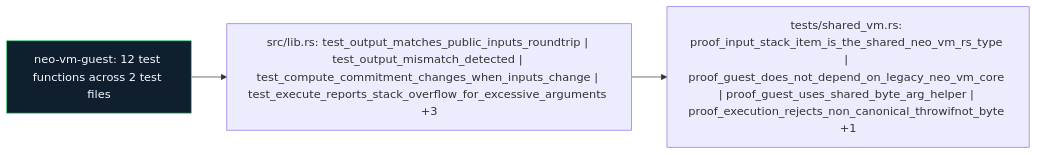
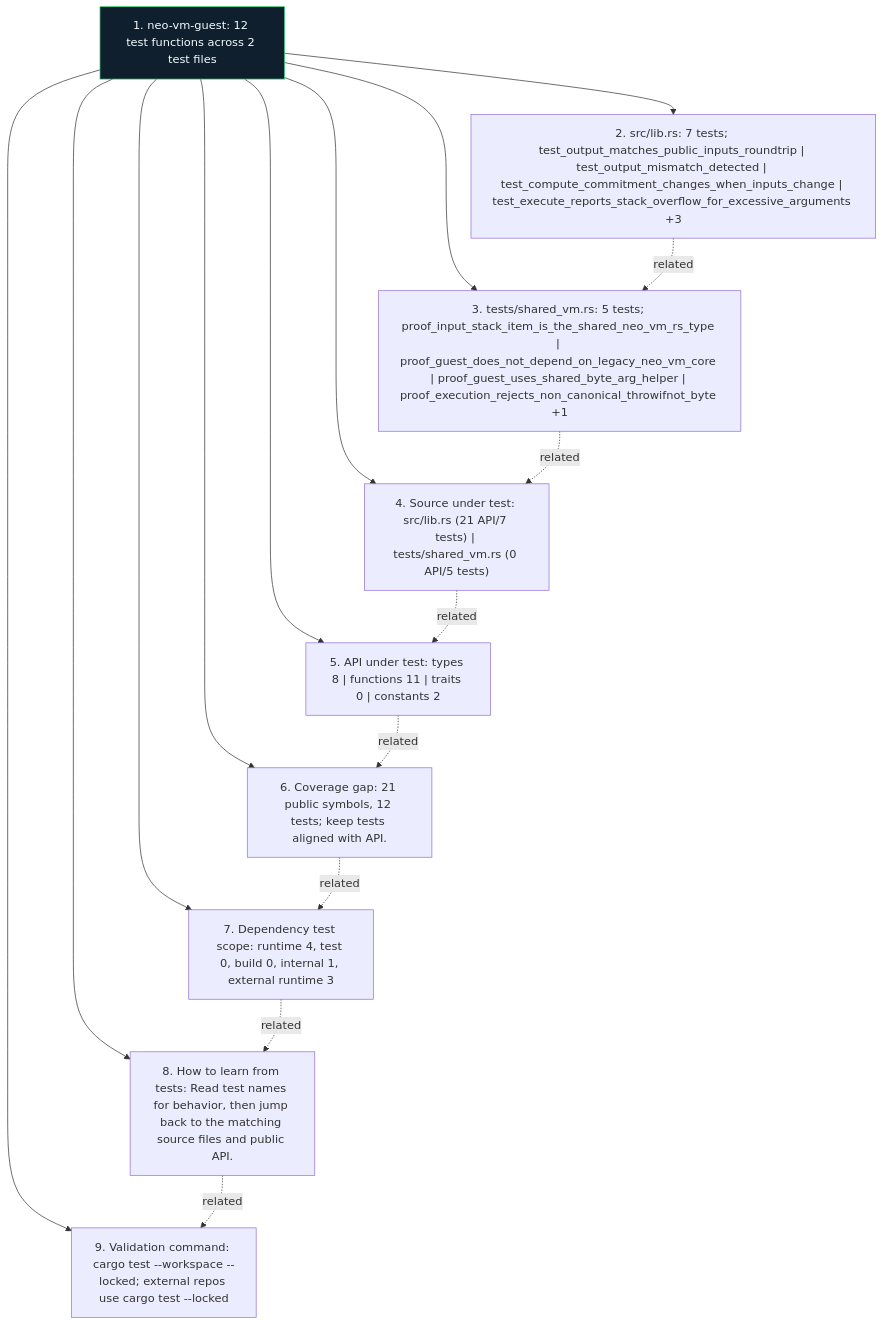
The diagram in crates/neo-vm-guest/docs/figures/test-map.mmd (r3e-network/neo-zkvm), drawn with Mermaid before and after one commit. The commit also changed 307 other files, not shown here.

Commit message:
Deepen crate diagrams with source-aware atlas

```diff
--- a/crates/neo-vm-guest/docs/figures/test-map.mmd
+++ b/crates/neo-vm-guest/docs/figures/test-map.mmd
@@ -1,8 +1,27 @@
-flowchart LR
-    N1["neo-vm-guest: 12 test functions across 2 test files"]
-    N2["src/lib.rs: test_output_matches_public_inputs_roundtrip | test_output_mismatch_detected | test_compute_commitment_changes_when_inputs_change | test_execute_reports_stack_overflow_for_excessive_arguments +3"]
-    N3["tests/shared_vm.rs: proof_input_stack_item_is_the_shared_neo_vm_rs_type | proof_guest_does_not_depend_on_legacy_neo_vm_core | proof_guest_uses_shared_byte_arg_helper | proof_execution_rejects_non_canonical_throwifnot_byte +1"]
+flowchart TB
+    N1["1. neo-vm-guest: 12 test functions across 2 test files"]
+    N2["2. src/lib.rs: 7 tests; test_output_matches_public_inputs_roundtrip | test_output_mismatch_detected | test_compute_commitment_changes_when_inputs_change | test_execute_reports_stack_overflow_for_excessive_arguments +3"]
+    N3["3. tests/shared_vm.rs: 5 tests; proof_input_stack_item_is_the_shared_neo_vm_rs_type | proof_guest_does_not_depend_on_legacy_neo_vm_core | proof_guest_uses_shared_byte_arg_helper | proof_execution_rejects_non_canonical_throwifnot_byte +1"]
+    N4["4. Source under test: src/lib.rs (21 API/7 tests) | tests/shared_vm.rs (0 API/5 tests)"]
+    N5["5. API under test: types 8 | functions 11 | traits 0 | constants 2"]
+    N6["6. Coverage gap: 21 public symbols, 12 tests; keep tests aligned with API."]
+    N7["7. Dependency test scope: runtime 4, test 0, build 0, internal 1, external runtime 3"]
+    N8["8. How to learn from tests: Read test names for behavior, then jump back to the matching source files and public API."]
+    N9["9. Validation command: cargo test --workspace --locked; external repos use cargo test --locked"]
     N1 --> N2
-    N2 --> N3
+    N1 --> N3
+    N1 --> N4
+    N1 --> N5
+    N1 --> N6
+    N1 --> N7
+    N1 --> N8
+    N1 --> N9
+    N2 -. related .-> N3
+    N3 -. related .-> N4
+    N4 -. related .-> N5
+    N5 -. related .-> N6
+    N6 -. related .-> N7
+    N7 -. related .-> N8
+    N8 -. related .-> N9
     classDef crate fill:#101f2d,stroke:#38d978,color:#f6fbff
     class N1 crate
```
